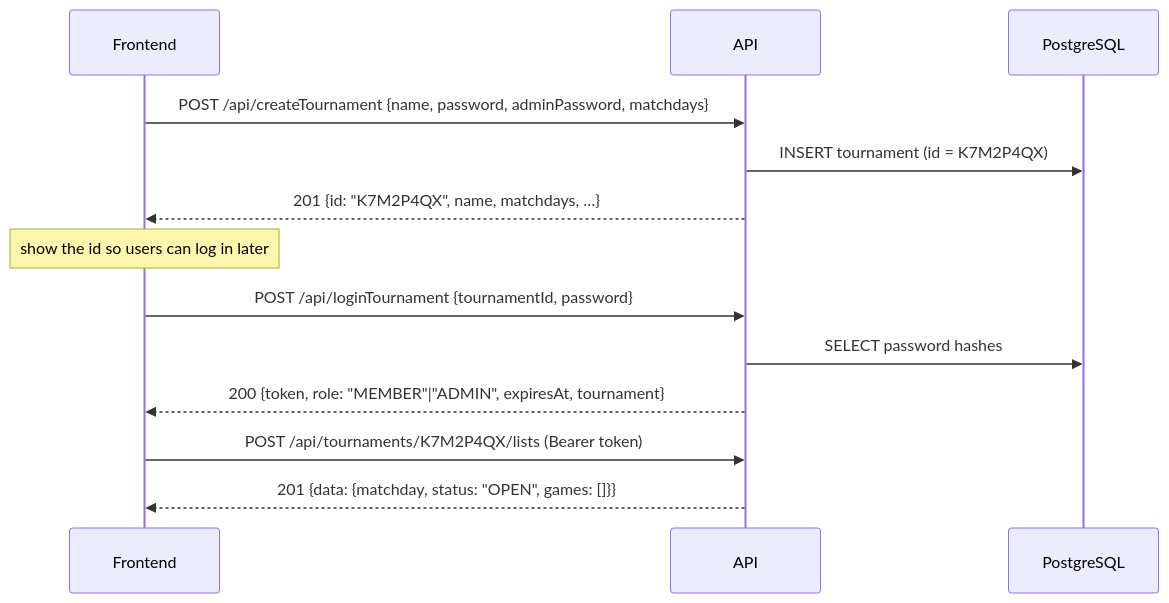
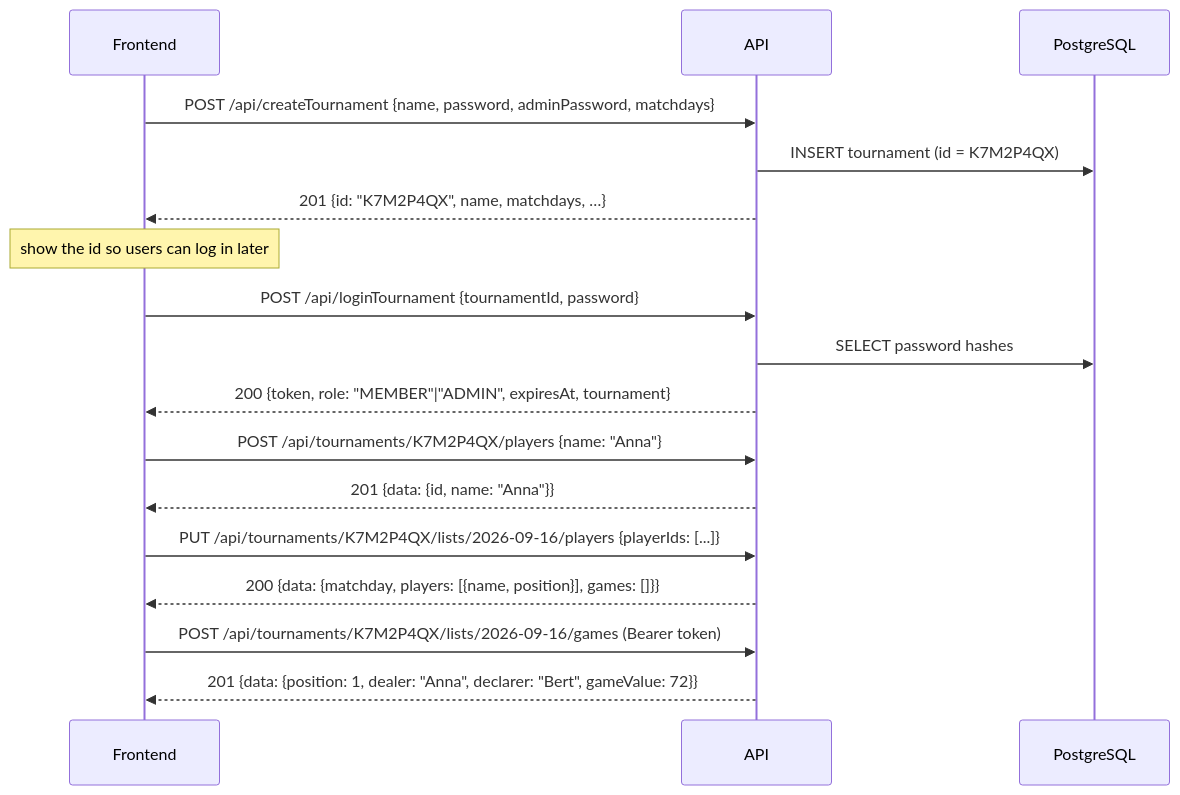
The diagram in backend/README.md (TropicLegend/skatis), drawn with Mermaid before and after one commit. The commit also changed other lines of this file and 31 other files, not shown here.

First line of the commit message:
Add players, lineups and the full Skat game rules

````diff
--- a/backend/README.md
+++ b/backend/README.md
@@ -71,16 +74,20 @@
 ```mermaid
 sequenceDiagram
     participant F as Frontend
     participant A as API
     participant D as PostgreSQL
 
     F->>A: POST /api/createTournament {name, password, adminPassword, matchdays}
     A->>D: INSERT tournament (id = K7M2P4QX)
     A-->>F: 201 {id: "K7M2P4QX", name, matchdays, …}
     Note over F: show the id so users can log in later
     F->>A: POST /api/loginTournament {tournamentId, password}
     A->>D: SELECT password hashes
     A-->>F: 200 {token, role: "MEMBER"|"ADMIN", expiresAt, tournament}
-    F->>A: POST /api/tournaments/K7M2P4QX/lists (Bearer token)
-    A-->>F: 201 {data: {matchday, status: "OPEN", games: []}}
+    F->>A: POST /api/tournaments/K7M2P4QX/players {name: "Anna"}
+    A-->>F: 201 {data: {id, name: "Anna"}}
+    F->>A: PUT /api/tournaments/K7M2P4QX/lists/2026-09-16/players {playerIds: [...]}
+    A-->>F: 200 {data: {matchday, players: [{name, position}], games: []}}
+    F->>A: POST /api/tournaments/K7M2P4QX/lists/2026-09-16/games (Bearer token)
+    A-->>F: 201 {data: {position: 1, dealer: "Anna", declarer: "Bert", gameValue: 72}}
 ```
````
